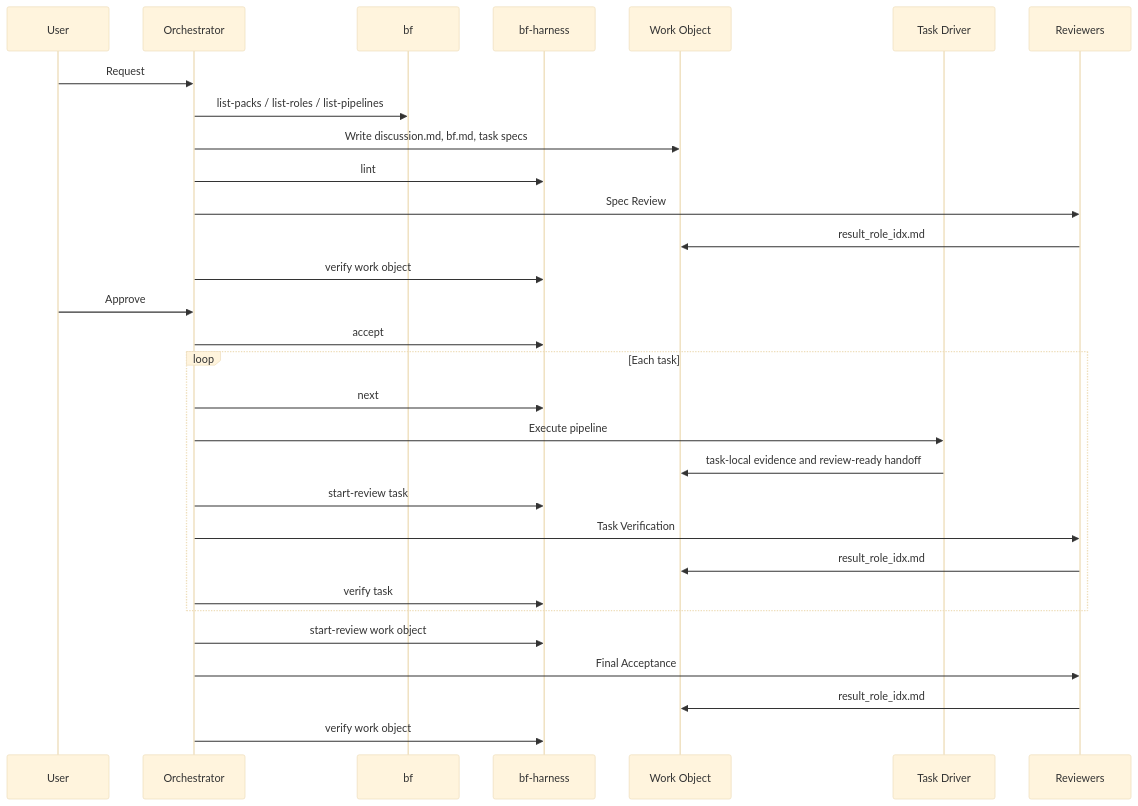
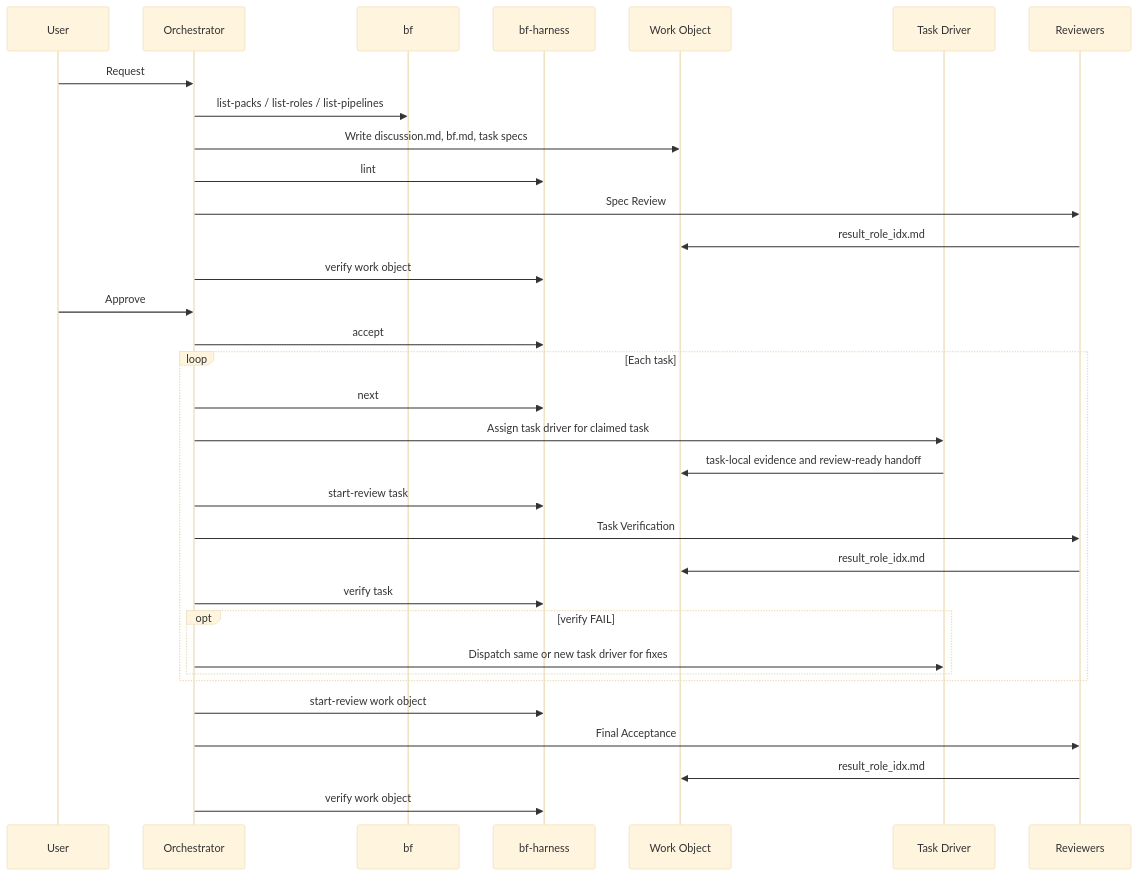
Before and after one commit to codetreker/blueprintflow: the second of 2 diagrams in docs/architecture.md, drawn with Mermaid (base theme). The commit also changed other lines of this file and 12 other files, not shown here.

Commit message:
docs(runtime): delegate execute leaf work for task-execute-delegation-runtime (#128)

````diff
--- a/docs/architecture.md
+++ b/docs/architecture.md
@@ -78,33 +79,36 @@
 ```mermaid
 sequenceDiagram
   participant U as User
   participant O as Orchestrator
   participant B as bf
   participant H as bf-harness
   participant W as Work Object
   participant D as Task Driver
   participant R as Reviewers
 
   U->>O: Request
   O->>B: list-packs / list-roles / list-pipelines
   O->>W: Write discussion.md, bf.md, task specs
   O->>H: lint
   O->>R: Spec Review
   R->>W: result_role_idx.md
   O->>H: verify work object
   U->>O: Approve
   O->>H: accept
   loop Each task
     O->>H: next
-    O->>D: Execute pipeline
+    O->>D: Assign task driver for claimed task
     D->>W: task-local evidence and review-ready handoff
     O->>H: start-review task
     O->>R: Task Verification
     R->>W: result_role_idx.md
     O->>H: verify task
+    opt verify FAIL
+      O->>D: Dispatch same or new task driver for fixes
+    end
   end
   O->>H: start-review work object
   O->>R: Final Acceptance
   R->>W: result_role_idx.md
   O->>H: verify work object
 ```
````
